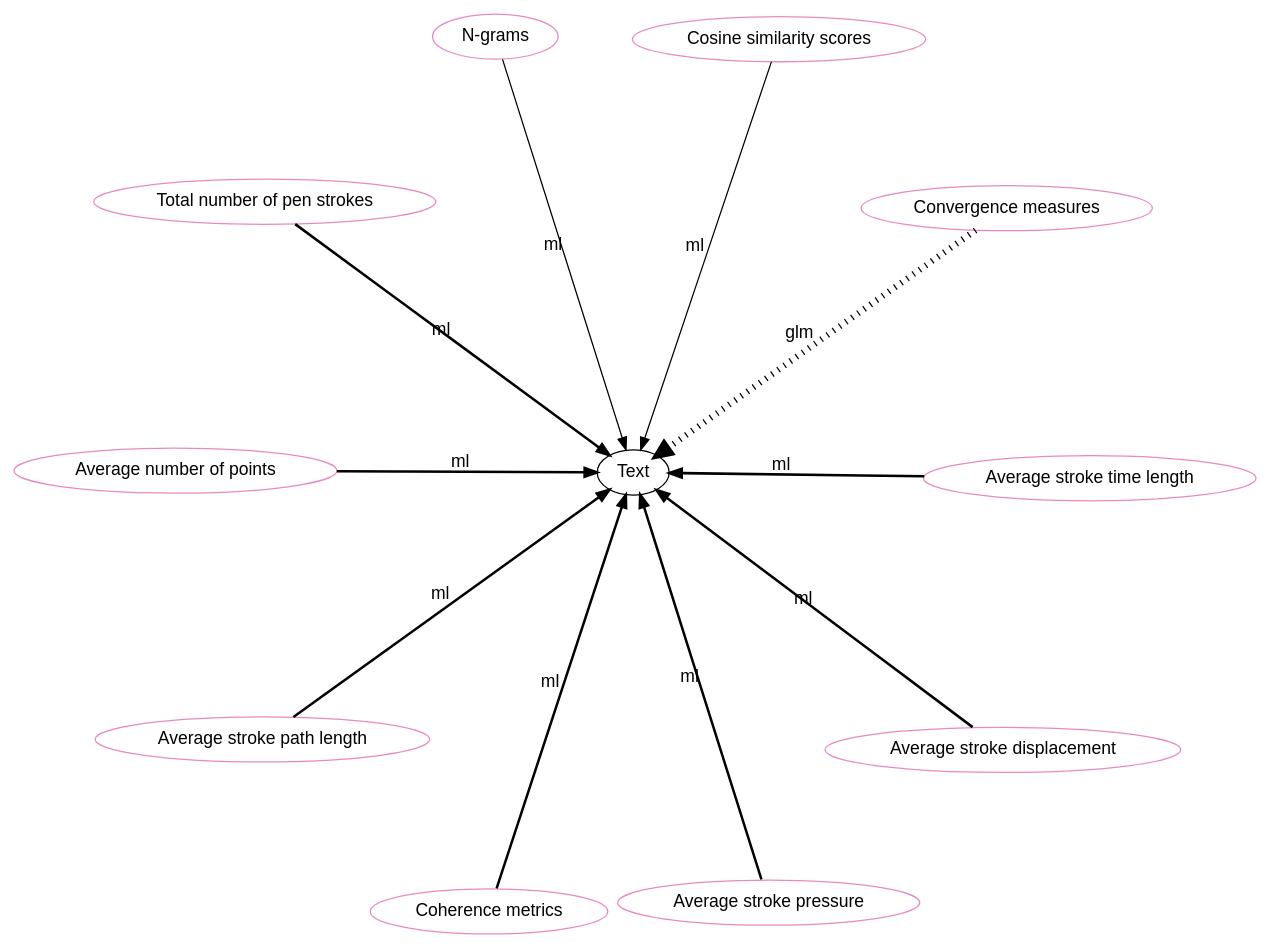
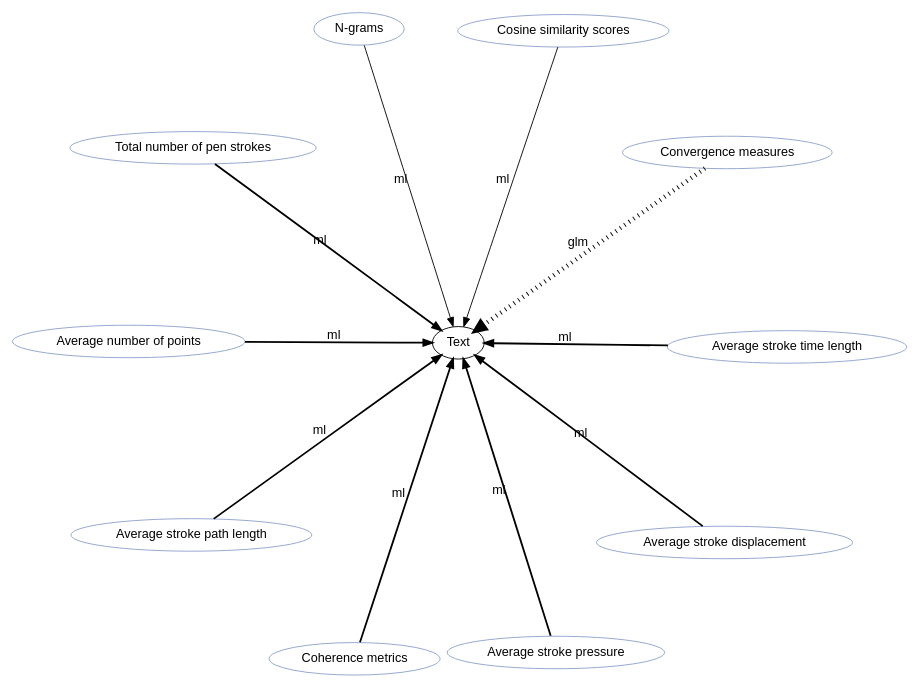
The diagram in graphviz/Text.gv (hgse-schneider/mmca), drawn with Graphviz before and after one commit. The commit also changed 168 other files, not shown here.

First line of the commit message:
resized the graphs

```diff
--- a/graphviz/Text.gv
+++ b/graphviz/Text.gv
@@ -1,45 +1,45 @@
 digraph world {
-        size="15,15";
+        size="10,10";
         layout=neato
         graph [fontname = "helvetica"];
         node [fontname = "helvetica", colorscheme=set28];
         edge [fontname = "helvetica", colorscheme=set28];
 
 	"Text" [href="index.svg"];
-	"Convergence measures" [href="https://scholar.google.com/scholar?hl=en&q=The%20Effect%20of%20Mutual%20Gaze%20Perception%20on%20Students’%20Verbal%20Coordination" target="_blank" , color="4"];
-	"Convergence measures" [href="https://scholar.google.com/scholar?hl=en&q=The%20Effect%20of%20Mutual%20Gaze%20Perception%20on%20Students’%20Verbal%20Coordination" target="_blank" , color="4"];
-	"Coherence metrics" [href="https://scholar.google.com/scholar?hl=en&q=The%20Effect%20of%20Mutual%20Gaze%20Perception%20on%20Students’%20Verbal%20Coordination" target="_blank" , color="4"];
-	"N-grams" [href="https://scholar.google.com/scholar?hl=en&q=The%20Effect%20of%20Mutual%20Gaze%20Perception%20on%20Students’%20Verbal%20Coordination" target="_blank" , color="4"];
-	"Cosine similarity scores" [href="https://scholar.google.com/scholar?hl=en&q=The%20Effect%20of%20Mutual%20Gaze%20Perception%20on%20Students’%20Verbal%20Coordination" target="_blank" , color="4"];
-	"Convergence measures" [href="https://scholar.google.com/scholar?hl=en&q=The%20Effect%20of%20Mutual%20Gaze%20Perception%20on%20Students’%20Verbal%20Coordination" target="_blank" , color="4"];
-	"Coherence metrics" [href="https://scholar.google.com/scholar?hl=en&q=The%20Effect%20of%20Mutual%20Gaze%20Perception%20on%20Students’%20Verbal%20Coordination" target="_blank" , color="4"];
-	"Total number of pen strokes" [href="https://scholar.google.com/scholar?hl=en&q=Expertise%20estimation%20based%20on%20simple%20multimodal%20features" target="_blank" , color="4"];
-	"Average number of points" [href="https://scholar.google.com/scholar?hl=en&q=Expertise%20estimation%20based%20on%20simple%20multimodal%20features" target="_blank" , color="4"];
-	"Average stroke time length" [href="https://scholar.google.com/scholar?hl=en&q=Expertise%20estimation%20based%20on%20simple%20multimodal%20features" target="_blank" , color="4"];
-	"Average stroke path length" [href="https://scholar.google.com/scholar?hl=en&q=Expertise%20estimation%20based%20on%20simple%20multimodal%20features" target="_blank" , color="4"];
-	"Average stroke displacement" [href="https://scholar.google.com/scholar?hl=en&q=Expertise%20estimation%20based%20on%20simple%20multimodal%20features" target="_blank" , color="4"];
-	"Average stroke pressure" [href="https://scholar.google.com/scholar?hl=en&q=Expertise%20estimation%20based%20on%20simple%20multimodal%20features" target="_blank" , color="4"];
-	"Total number of pen strokes" [href="https://scholar.google.com/scholar?hl=en&q=Expertise%20estimation%20based%20on%20simple%20multimodal%20features" target="_blank" , color="4"];
-	"Average number of points" [href="https://scholar.google.com/scholar?hl=en&q=Expertise%20estimation%20based%20on%20simple%20multimodal%20features" target="_blank" , color="4"];
-	"Average stroke time length" [href="https://scholar.google.com/scholar?hl=en&q=Expertise%20estimation%20based%20on%20simple%20multimodal%20features" target="_blank" , color="4"];
-	"Average stroke path length" [href="https://scholar.google.com/scholar?hl=en&q=Expertise%20estimation%20based%20on%20simple%20multimodal%20features" target="_blank" , color="4"];
-	"Average stroke displacement" [href="https://scholar.google.com/scholar?hl=en&q=Expertise%20estimation%20based%20on%20simple%20multimodal%20features" target="_blank" , color="4"];
-	"Average stroke pressure" [href="https://scholar.google.com/scholar?hl=en&q=Expertise%20estimation%20based%20on%20simple%20multimodal%20features" target="_blank" , color="4"];
-	"Convergence measures" [href="https://scholar.google.com/scholar?hl=en&q=The%20Effect%20of%20Mutual%20Gaze%20Perception%20on%20Students’%20Verbal%20Coordination" target="_blank" , color="4"];
-	"Convergence measures" [href="https://scholar.google.com/scholar?hl=en&q=The%20Effect%20of%20Mutual%20Gaze%20Perception%20on%20Students’%20Verbal%20Coordination" target="_blank" , color="4"];
+	"Convergence measures" [href="https://scholar.google.com/scholar?hl=en&q=The%20Effect%20of%20Mutual%20Gaze%20Perception%20on%20Students’%20Verbal%20Coordination" target="_blank" , color="3"];
+	"Convergence measures" [href="https://scholar.google.com/scholar?hl=en&q=The%20Effect%20of%20Mutual%20Gaze%20Perception%20on%20Students’%20Verbal%20Coordination" target="_blank" , color="3"];
+	"Coherence metrics" [href="https://scholar.google.com/scholar?hl=en&q=The%20Effect%20of%20Mutual%20Gaze%20Perception%20on%20Students’%20Verbal%20Coordination" target="_blank" , color="3"];
+	"N-grams" [href="https://scholar.google.com/scholar?hl=en&q=The%20Effect%20of%20Mutual%20Gaze%20Perception%20on%20Students’%20Verbal%20Coordination" target="_blank" , color="3"];
+	"Cosine similarity scores" [href="https://scholar.google.com/scholar?hl=en&q=The%20Effect%20of%20Mutual%20Gaze%20Perception%20on%20Students’%20Verbal%20Coordination" target="_blank" , color="3"];
+	"Convergence measures" [href="https://scholar.google.com/scholar?hl=en&q=The%20Effect%20of%20Mutual%20Gaze%20Perception%20on%20Students’%20Verbal%20Coordination" target="_blank" , color="3"];
+	"Coherence metrics" [href="https://scholar.google.com/scholar?hl=en&q=The%20Effect%20of%20Mutual%20Gaze%20Perception%20on%20Students’%20Verbal%20Coordination" target="_blank" , color="3"];
+	"Total number of pen strokes" [href="https://scholar.google.com/scholar?hl=en&q=Expertise%20estimation%20based%20on%20simple%20multimodal%20features" target="_blank" , color="3"];
+	"Average number of points" [href="https://scholar.google.com/scholar?hl=en&q=Expertise%20estimation%20based%20on%20simple%20multimodal%20features" target="_blank" , color="3"];
+	"Average stroke time length" [href="https://scholar.google.com/scholar?hl=en&q=Expertise%20estimation%20based%20on%20simple%20multimodal%20features" target="_blank" , color="3"];
+	"Average stroke path length" [href="https://scholar.google.com/scholar?hl=en&q=Expertise%20estimation%20based%20on%20simple%20multimodal%20features" target="_blank" , color="3"];
+	"Average stroke displacement" [href="https://scholar.google.com/scholar?hl=en&q=Expertise%20estimation%20based%20on%20simple%20multimodal%20features" target="_blank" , color="3"];
+	"Average stroke pressure" [href="https://scholar.google.com/scholar?hl=en&q=Expertise%20estimation%20based%20on%20simple%20multimodal%20features" target="_blank" , color="3"];
+	"Total number of pen strokes" [href="https://scholar.google.com/scholar?hl=en&q=Expertise%20estimation%20based%20on%20simple%20multimodal%20features" target="_blank" , color="3"];
+	"Average number of points" [href="https://scholar.google.com/scholar?hl=en&q=Expertise%20estimation%20based%20on%20simple%20multimodal%20features" target="_blank" , color="3"];
+	"Average stroke time length" [href="https://scholar.google.com/scholar?hl=en&q=Expertise%20estimation%20based%20on%20simple%20multimodal%20features" target="_blank" , color="3"];
+	"Average stroke path length" [href="https://scholar.google.com/scholar?hl=en&q=Expertise%20estimation%20based%20on%20simple%20multimodal%20features" target="_blank" , color="3"];
+	"Average stroke displacement" [href="https://scholar.google.com/scholar?hl=en&q=Expertise%20estimation%20based%20on%20simple%20multimodal%20features" target="_blank" , color="3"];
+	"Average stroke pressure" [href="https://scholar.google.com/scholar?hl=en&q=Expertise%20estimation%20based%20on%20simple%20multimodal%20features" target="_blank" , color="3"];
+	"Convergence measures" [href="https://scholar.google.com/scholar?hl=en&q=The%20Effect%20of%20Mutual%20Gaze%20Perception%20on%20Students’%20Verbal%20Coordination" target="_blank" , color="3"];
+	"Convergence measures" [href="https://scholar.google.com/scholar?hl=en&q=The%20Effect%20of%20Mutual%20Gaze%20Perception%20on%20Students’%20Verbal%20Coordination" target="_blank" , color="3"];
 	"Convergence measures" -> "Text" [label="glm", labeltooltip=5, style="dotted", penwidth=5];
 	"Coherence metrics" -> "Text" [label="ml", labeltooltip=2, style="solid", penwidth=2];
 	"N-grams" -> "Text" [label="ml", labeltooltip=1, style="solid", penwidth=1];
 	"Cosine similarity scores" -> "Text" [label="ml", labeltooltip=1, style="solid", penwidth=1];
 	"Total number of pen strokes" -> "Text" [label="ml", labeltooltip=2, style="solid", penwidth=2];
 	"Average number of points" -> "Text" [label="ml", labeltooltip=2, style="solid", penwidth=2];
 	"Average stroke time length" -> "Text" [label="ml", labeltooltip=2, style="solid", penwidth=2];
 	"Average stroke path length" -> "Text" [label="ml", labeltooltip=2, style="solid", penwidth=2];
 	"Average stroke displacement" -> "Text" [label="ml", labeltooltip=2, style="solid", penwidth=2];
 	"Average stroke pressure" -> "Text" [label="ml", labeltooltip=2, style="solid", penwidth=2];
 
  overlap=false 
  splines = true; 
 
 
 }
```
